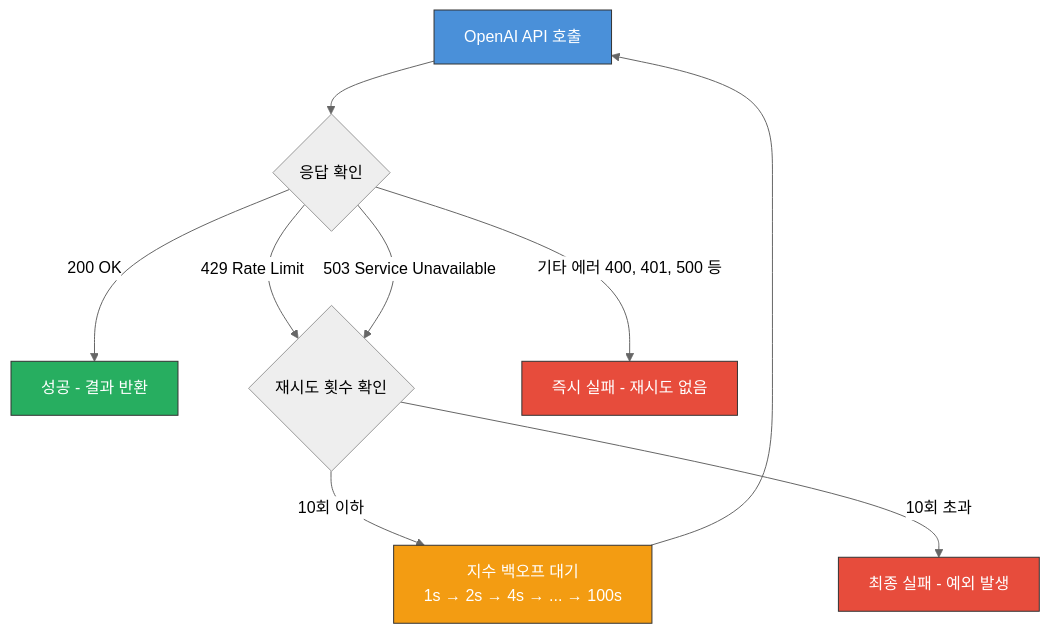
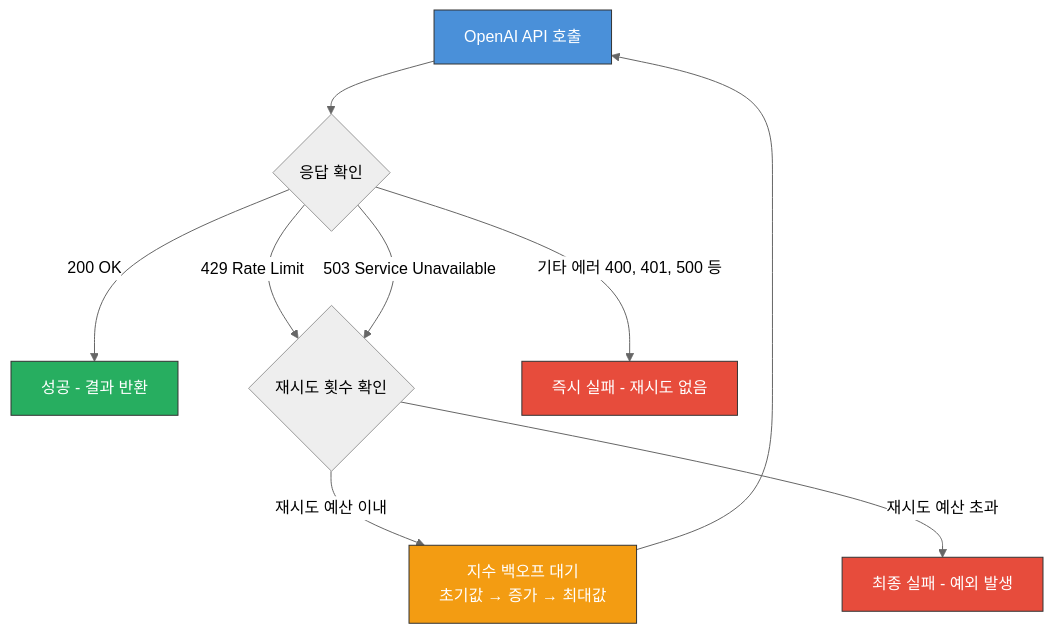
Before and after one commit to jiwon11/jiwon11.github.io: the sixth of 7 diagrams in _posts/2026-02-07-kotlin-coroutines-to-spring-async-performance-improvement.md, drawn with Mermaid (neutral theme). The commit also changed other lines of this file and 9 other files, not shown here.

````diff
--- a/_posts/2026-02-07-kotlin-coroutines-to-spring-async-performance-improvement.md
+++ b/_posts/2026-02-07-kotlin-coroutines-to-spring-async-performance-improvement.md
@@ -593,19 +586,19 @@
 ```mermaid
 flowchart TD
     A[OpenAI API 호출] --> B{응답 확인}
     B -->|200 OK| C[성공 - 결과 반환]
     B -->|429 Rate Limit| D{재시도 횟수 확인}
     B -->|503 Service Unavailable| D
     B -->|기타 에러 400, 401, 500 등| E[즉시 실패 - 재시도 없음]
 
-    D -->|10회 이하| F["지수 백오프 대기<br/>1s → 2s → 4s → ... → 100s"]
-    D -->|10회 초과| G[최종 실패 - 예외 발생]
+    D -->|재시도 예산 이내| F["지수 백오프 대기<br/>초기값 → 증가 → 최대값"]
+    D -->|재시도 예산 초과| G[최종 실패 - 예외 발생]
 
     F --> A
 
     style A fill:#4A90D9,stroke:#333,color:#fff
     style C fill:#27AE60,stroke:#333,color:#fff
     style E fill:#E74C3C,stroke:#333,color:#fff
     style G fill:#E74C3C,stroke:#333,color:#fff
     style F fill:#F39C12,stroke:#333,color:#fff
 ```
````
